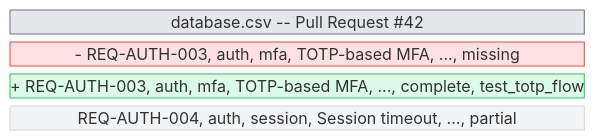
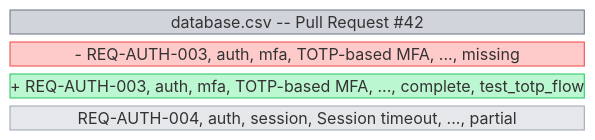
The second of 3 diagrams in README.md (rtmx-ai/rtmx), drawn with Mermaid (neutral theme) before and after one commit. The commit also changed other lines of this file and 2 other files, not shown here.

Commit message:
fix: force vertical MCP tools layout and improve CSV diff contrast (#108)
MCP diagram: add invisible links (~~~) between T1-T7 to force vertical
stacking -- direction TB alone is ignored for unconnected nodes in
flowchart LR.

CSV diff diagram: darken header fill (#d1d5db), context fill (#e5e7eb)
and use near-black text (#111827) on context row. Previous #f3f4f6 fill
with #374151 text was nearly invisible.

````diff
--- a/README.md
+++ b/README.md
@@ -67,21 +67,21 @@
 ```mermaid
 block-beta
     columns 1
     block:header["database.csv -- Pull Request #42"]
         columns 1
     end
     block:removed["- REQ-AUTH-003, auth, mfa, TOTP-based MFA, ..., missing"]
         columns 1
     end
     block:added["+ REQ-AUTH-003, auth, mfa, TOTP-based MFA, ..., complete, test_totp_flow"]
         columns 1
     end
     block:context["  REQ-AUTH-004, auth, session, Session timeout, ..., partial"]
         columns 1
     end
 
-    style header fill:#e5e7eb,stroke:#6b7280,color:#111827
-    style removed fill:#fee2e2,stroke:#ef4444,color:#7f1d1d
-    style added fill:#dcfce7,stroke:#22c55e,color:#14532d
-    style context fill:#f3f4f6,stroke:#d1d5db,color:#374151
+    style header fill:#d1d5db,stroke:#6b7280,color:#111827
+    style removed fill:#fecaca,stroke:#ef4444,color:#7f1d1d
+    style added fill:#bbf7d0,stroke:#22c55e,color:#14532d
+    style context fill:#e5e7eb,stroke:#9ca3af,color:#111827
 ```
````
